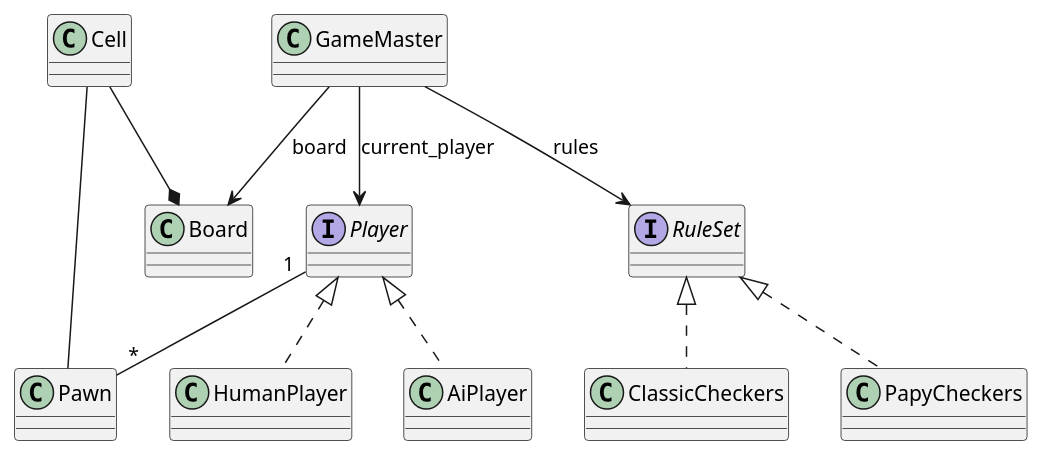
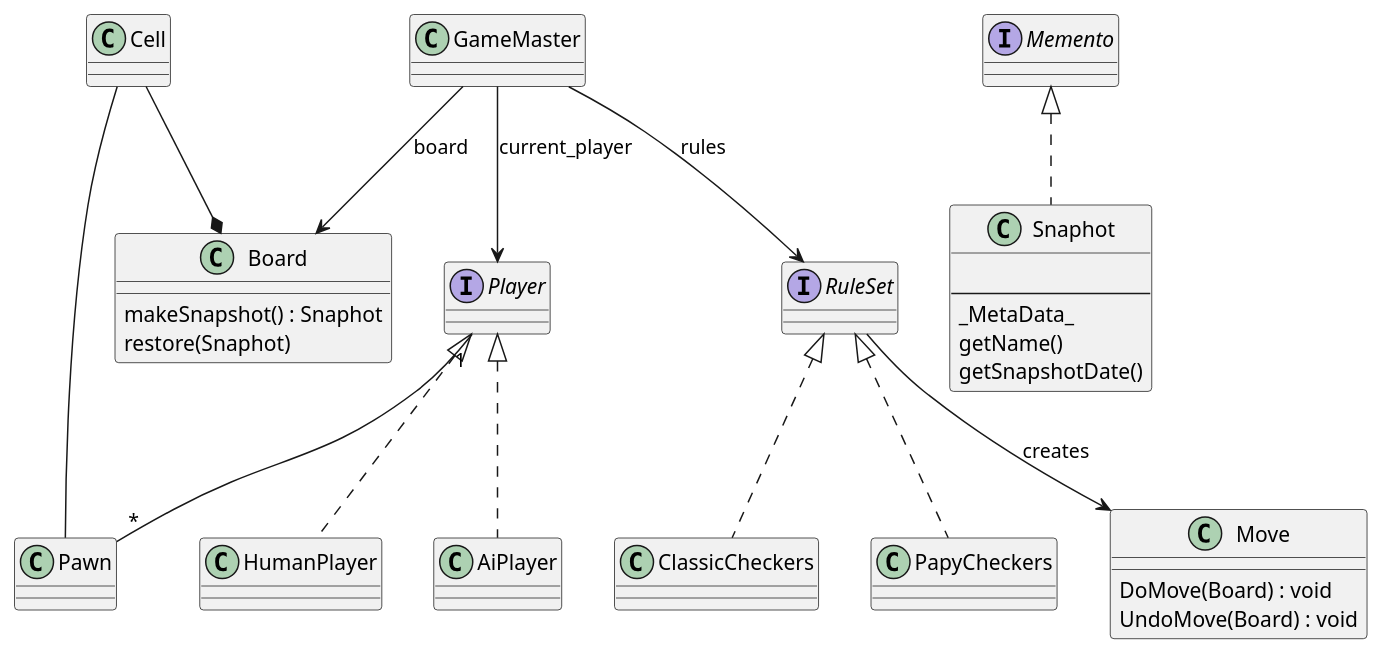
The diagram in Diagrams/class-diagram.puml (wolfj123/Checkers), drawn with PlantUML before and after one commit. The commit also changed 14 other files, not shown here.

```diff
--- a/Diagrams/class-diagram.puml
+++ b/Diagrams/class-diagram.puml
@@ -1,33 +1,58 @@
 @startuml
 ' syntax: 
 ' https://plantuml.com/class-diagram
 
 class Pawn 
 
 class Board 
 
 class Cell
 Cell --* Board
 
 interface Player 
 
 class HumanPlayer implements Player
 
 class AiPlayer implements Player
 
-class GameMaster
+
+
+interface Memento {
+
+}
+
+class Snaphot implements Memento {
+    
+    --
+    _MetaData_
+    getName()
+    getSnapshotDate()
+}
+
+class Board {
+    makeSnapshot() : Snaphot
+    restore(Snaphot)
+}
 
 Interface RuleSet
 
 class ClassicCheckers implements RuleSet
 
 class PapyCheckers implements RuleSet
 
 GameMaster --> RuleSet : "rules"
 GameMaster --> Player : "current_player"
 GameMaster --> Board : "board"
 
 Player "1" -- "*" Pawn
 Cell -- Pawn
 
+
+RuleSet --> Move : creates
+class Move {
+    DoMove(Board) : void
+    UndoMove(Board) : void
+}
+
+
 @enduml
```
